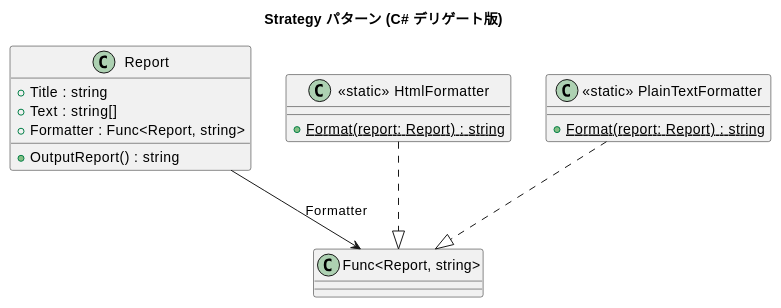
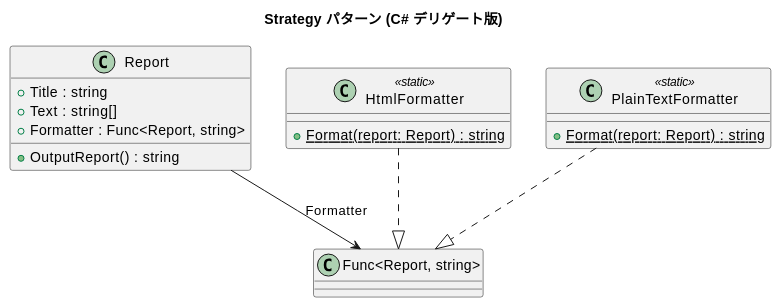
The diagram in docs/article/csharp/05-strategy.md (k2works/getting-started-design-pattern), drawn with PlantUML before and after one commit. The commit also changed 73 other files, not shown here.

Commit message:
docs(article): PlantUML 表記と記事ナビゲーションを整理

````diff
--- a/docs/article/csharp/05-strategy.md
+++ b/docs/article/csharp/05-strategy.md
@@ -13,24 +13,24 @@
 ```plantuml
 @startuml
 title Strategy パターン (C# デリゲート版)
 
 class Report {
   + Title : string
   + Text : string[]
   + Formatter : Func<Report, string>
   + OutputReport() : string
 }
 
-class "<<static>> HtmlFormatter" as HF {
+class "HtmlFormatter" as HF <<static>> {
   + {static} Format(report: Report) : string
 }
 
-class "<<static>> PlainTextFormatter" as PTF {
+class "PlainTextFormatter" as PTF <<static>> {
   + {static} Format(report: Report) : string
 }
 
 Report --> "Func<Report, string>" : Formatter
 HF ..|> "Func<Report, string>"
 PTF ..|> "Func<Report, string>"
 @enduml
 ```
````
